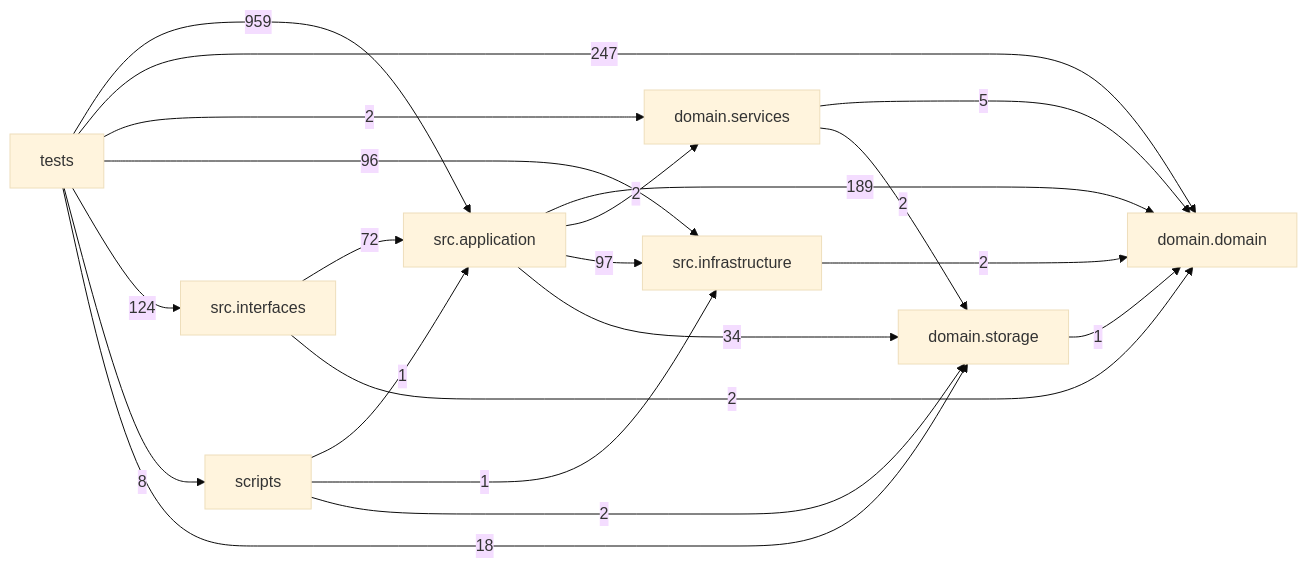
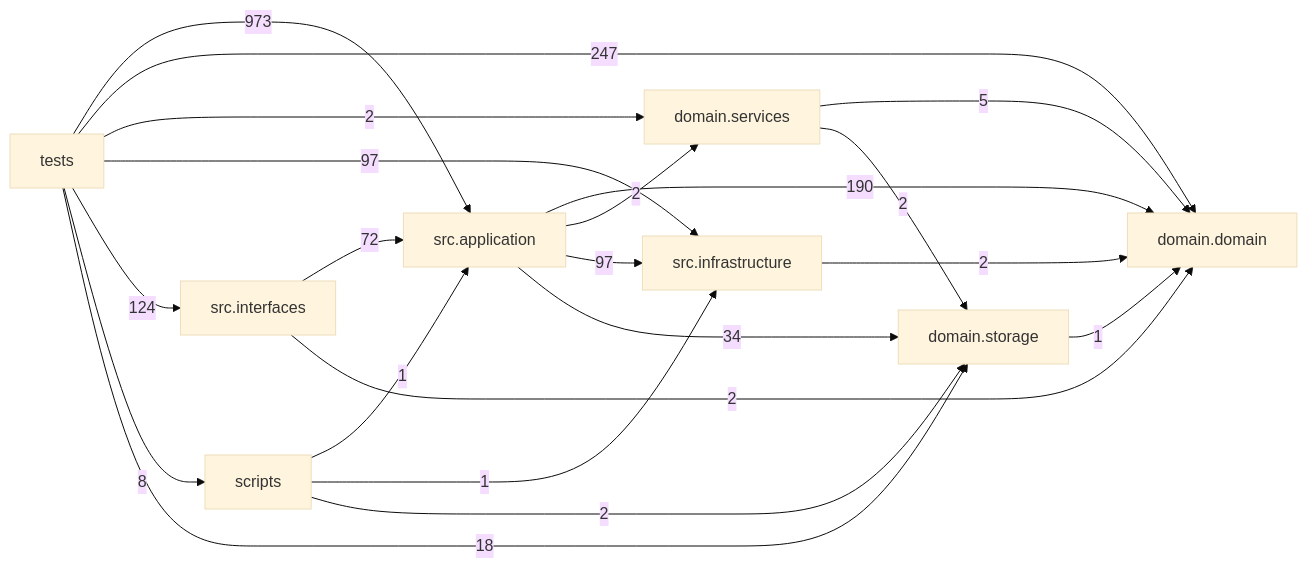
The diagram in docs/DEPENDENCY_GRAPH.md (liuxie066/options-monitor), drawn with Mermaid (base theme) before and after one commit. The commit also changed other lines of this file and 21 other files, not shown here.

````diff
--- a/docs/DEPENDENCY_GRAPH.md
+++ b/docs/DEPENDENCY_GRAPH.md
@@ -24,31 +24,31 @@
 ```mermaid
 flowchart LR
   tests["tests"]
   scripts["scripts"]
   interfaces["src.interfaces"]
   application["src.application"]
   infrastructure["src.infrastructure"]
   domain_services["domain.services"]
   domain["domain.domain"]
   storage["domain.storage"]
-  application -->|189| domain
+  application -->|190| domain
   application -->|2| domain_services
   application -->|97| infrastructure
   application -->|34| storage
   domain_services -->|5| domain
   domain_services -->|2| storage
   infrastructure -->|2| domain
   interfaces -->|72| application
   interfaces -->|2| domain
   scripts -->|1| application
   scripts -->|1| infrastructure
   scripts -->|2| storage
   storage -->|1| domain
-  tests -->|959| application
+  tests -->|973| application
   tests -->|247| domain
   tests -->|2| domain_services
-  tests -->|96| infrastructure
+  tests -->|97| infrastructure
   tests -->|124| interfaces
   tests -->|8| scripts
   tests -->|18| storage
 ```
````
